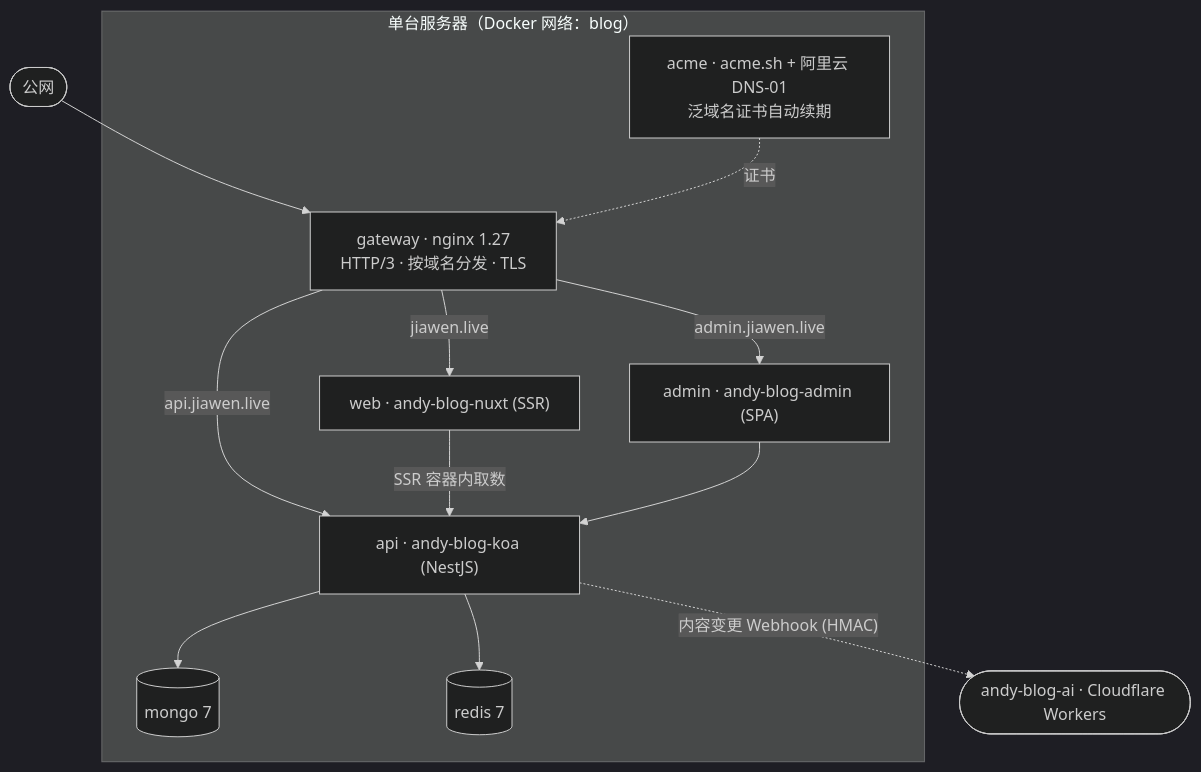
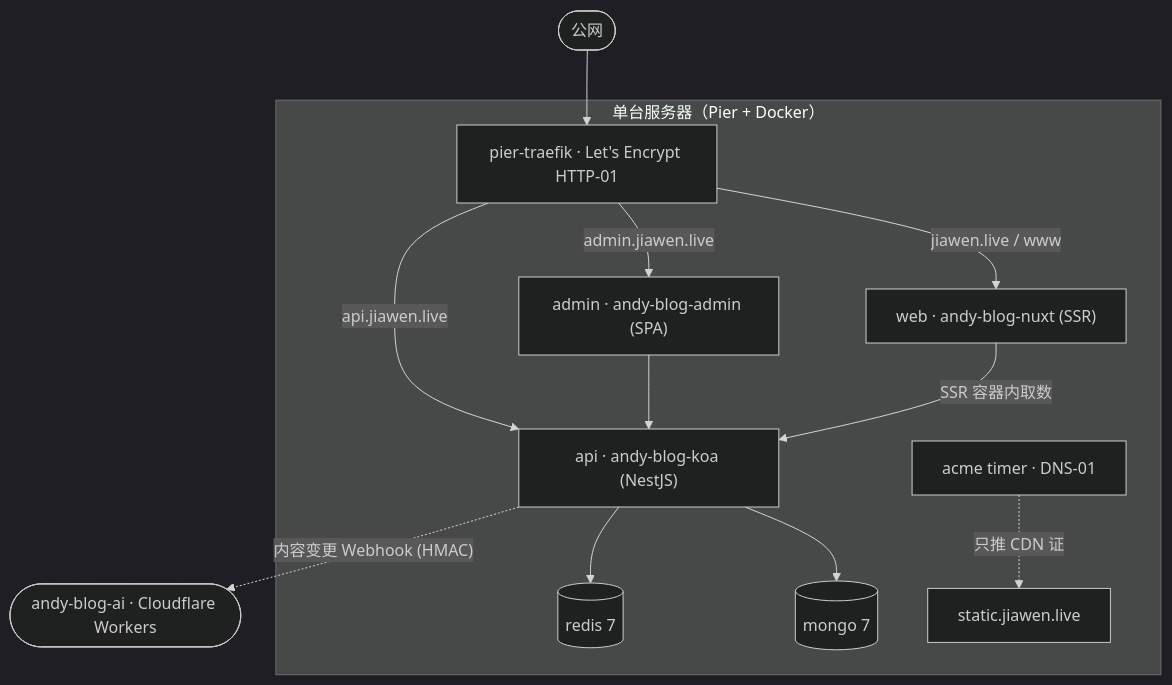
Before and after one commit to zzlw/andy-blog-deploy: the diagram in README.zh-CN.md, drawn with Mermaid (dark theme). The commit also changed other lines of this file and 8 other files, not shown here.

Commit message:
把 CDN 续期改成宿主机 timer，并更新生产入口文档。

````diff
--- a/README.zh-CN.md
+++ b/README.zh-CN.md
@@ -9,18 +9,18 @@
 ```mermaid
 flowchart TD
-    Internet(["公网"]) --> GW
+    Internet(["公网"]) --> TR
 
-    subgraph Server ["单台服务器（Docker 网络：blog）"]
-        GW["gateway · nginx 1.27<br/>HTTP/3 · 按域名分发 · TLS"]
-        GW --> |"jiawen.live"| WEB["web · andy-blog-nuxt (SSR)"]
-        GW --> |"admin.jiawen.live"| ADMIN["admin · andy-blog-admin (SPA)"]
-        GW --> |"api.jiawen.live"| API["api · andy-blog-koa (NestJS)"]
+    subgraph Server ["单台服务器（Pier + Docker）"]
+        TR["pier-traefik · Let's Encrypt HTTP-01"]
+        TR --> |"jiawen.live / www"| WEB["web · andy-blog-nuxt (SSR)"]
+        TR --> |"admin.jiawen.live"| ADMIN["admin · andy-blog-admin (SPA)"]
+        TR --> |"api.jiawen.live"| API["api · andy-blog-koa (NestJS)"]
         WEB --> |"SSR 容器内取数"| API
         ADMIN --> API
         API --> MONGO[("mongo 7")]
         API --> REDIS[("redis 7")]
-        ACME["acme · acme.sh + 阿里云 DNS-01<br/>泛域名证书自动续期"] -.-> |"证书"| GW
+        ACME["acme timer · DNS-01"] -.-> |"只推 CDN 证"| CDN["static.jiawen.live"]
     end
 
     API -.-> |"内容变更 Webhook (HMAC)"| AI(["andy-blog-ai · Cloudflare Workers"])
 ```
````
